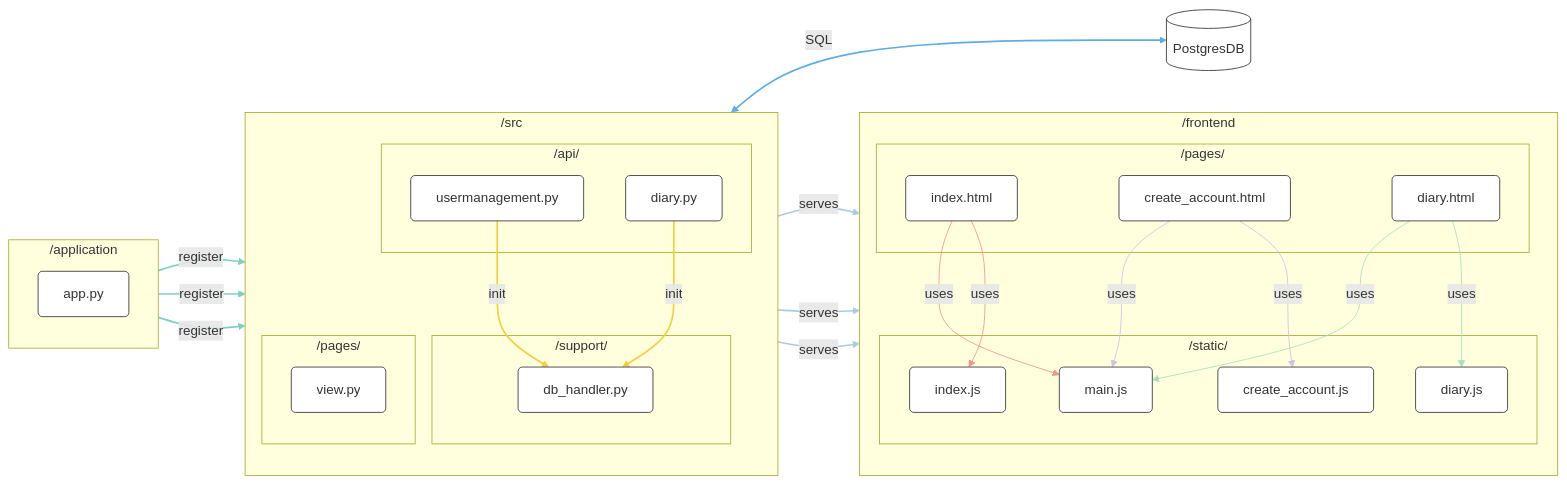
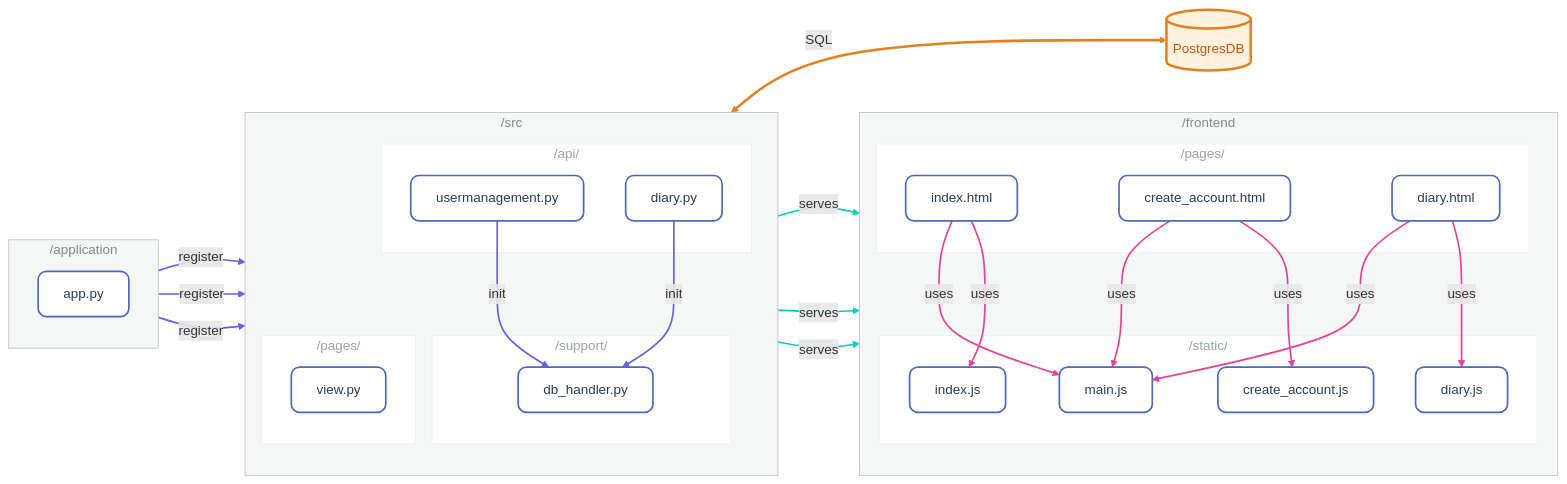
Before and after one commit to HeckMich/sivs-diary: the diagram in README.md, drawn with Mermaid.

Commit message:
Extended README.md

````diff
--- a/README.md
+++ b/README.md
@@ -34,8 +34,19 @@
 ```mermaid
 graph LR
-    %% Styles definieren
-    classDef file fill:#fff,stroke:#333,stroke-width:1px,rx:5,ry:5;
-    classDef db fill:#fff,stroke:#333,stroke-width:1px;
+    %% --- STYLING DEFINITONEN ---
+    classDef file fill:#ffffff,stroke:#4a69bd,stroke-width:2px,rx:10,ry:10,color:#2c3e50,font-family:sans-serif;
+    classDef db fill:#fff3e0,stroke:#e67e22,stroke-width:3px,rx:5,ry:5,color:#d35400,font-family:sans-serif;
+    style app_folder fill:#f4f7f6,stroke:#bdc3c7,stroke-width:1px,color:#7f8c8d
+    style src_folder fill:#f4f7f6,stroke:#bdc3c7,stroke-width:1px,color:#7f8c8d
+    style frontend_folder fill:#f4f7f6,stroke:#bdc3c7,stroke-width:1px,color:#7f8c8d
+    style api_folder fill:#ffffff,stroke:#ecf0f1,color:#95a5a6
+    style support_folder fill:#ffffff,stroke:#ecf0f1,color:#95a5a6
+    style pages_py_folder fill:#ffffff,stroke:#ecf0f1,color:#95a5a6
+    style pages_html_folder fill:#ffffff,stroke:#ecf0f1,color:#95a5a6
+    style static_folder fill:#ffffff,stroke:#ecf0f1,color:#95a5a6
+
+
+    %% --- STRUKTUR ---
 
     %% --- Backend / Application ---
     subgraph app_folder ["/application"]
@@ -82,7 +93,7 @@
         end
     end
 
-    %% --- Beziehungen / Links ---
+    %% --- BEZIEHUNGEN / LINKS ---
 
     %% Register Links (App -> Modules)
     AppPy -- register --> UserMgmt
@@ -102,24 +113,16 @@
     ViewPy -- serves --> DiaryHtml
 
     %% Frontend Assets Links (HTML -> JS)
-    %% Index HTML uses
     IndexHtml -- uses --> MainJs
     IndexHtml -- uses --> IndexJs
-
-    %% Create Account HTML uses
     CreateAccHtml -- uses --> MainJs
     CreateAccHtml -- uses --> CreateAccJs
-
-    %% Diary HTML uses
     DiaryHtml -- uses --> MainJs
     DiaryHtml -- uses --> DiaryJs
 
-    %% Link Styles (Optional: Farben anpassen ähnlich dem Bild)
-    linkStyle 0,1,2 stroke:#7fcec5,stroke-width:2px;
-    linkStyle 3,4 stroke:#f4d03f,stroke-width:2px;
-    linkStyle 5 stroke:#5dade2,stroke-width:2px;
-    linkStyle 6,7,8 stroke:#a9cce3,stroke-width:2px;
-    linkStyle 9,10 stroke:#f1948a,stroke-width:1px;
-    linkStyle 11,12 stroke:#d7bde2,stroke-width:1px;
-    linkStyle 13,14 stroke:#a9dfbf,stroke-width:1px;
+    %% --- LINK STYLING ---
+    linkStyle 0,1,2,3,4 stroke:#6c5ce7,stroke-width:2px,fill:none;
+    linkStyle 5 stroke:#e67e22,stroke-width:3px,fill:none;
+    linkStyle 6,7,8 stroke:#00cec9,stroke-width:2px,fill:none;
+    linkStyle 9,10,11,12,13,14 stroke:#e84393,stroke-width:2px,fill:none;
 ```
````
